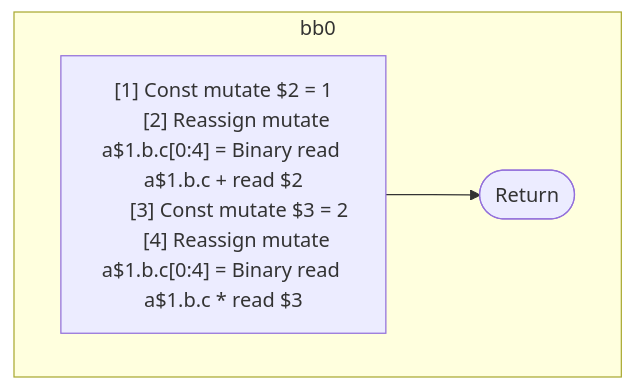
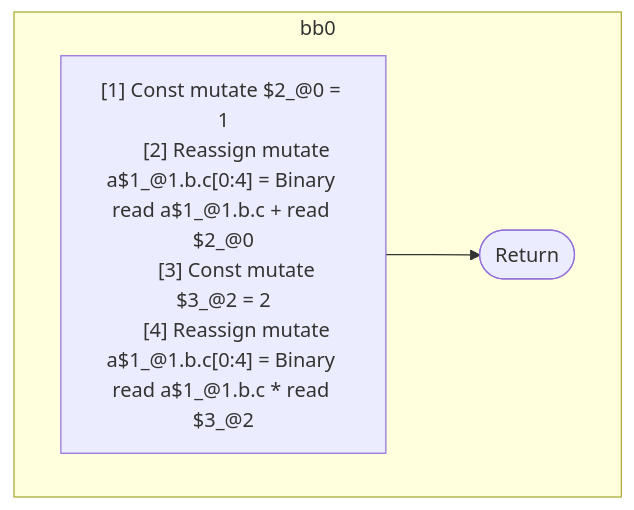
One commit to wutsmog/private changed the second of 2 diagrams in compiler/forget/src/__tests__/fixtures/hir/assignment-variations.expect.md. Above: the diagram before and after it, drawn with Mermaid. The commit also changed other lines of this file and 60 other files, not shown here.

````diff
--- a/compiler/forget/src/__tests__/fixtures/hir/assignment-variations.expect.md
+++ b/compiler/forget/src/__tests__/fixtures/hir/assignment-variations.expect.md
@@ -80,16 +80,16 @@
 ```mermaid
 flowchart TB
   %% Basic Blocks
   subgraph bb0
     bb0_instrs["
-      [1] Const mutate $2 = 1
-      [2] Reassign mutate a$1.b.c[0:4] = Binary read a$1.b.c + read $2
-      [3] Const mutate $3 = 2
-      [4] Reassign mutate a$1.b.c[0:4] = Binary read a$1.b.c * read $3
+      [1] Const mutate $2_@0 = 1
+      [2] Reassign mutate a$1_@1.b.c[0:4] = Binary read a$1_@1.b.c + read $2_@0
+      [3] Const mutate $3_@2 = 2
+      [4] Reassign mutate a$1_@1.b.c[0:4] = Binary read a$1_@1.b.c * read $3_@2
     "]
     bb0_instrs --> bb0_terminal(["Return"])
   end
 
   %% Jumps
   %% empty
 ```
````
